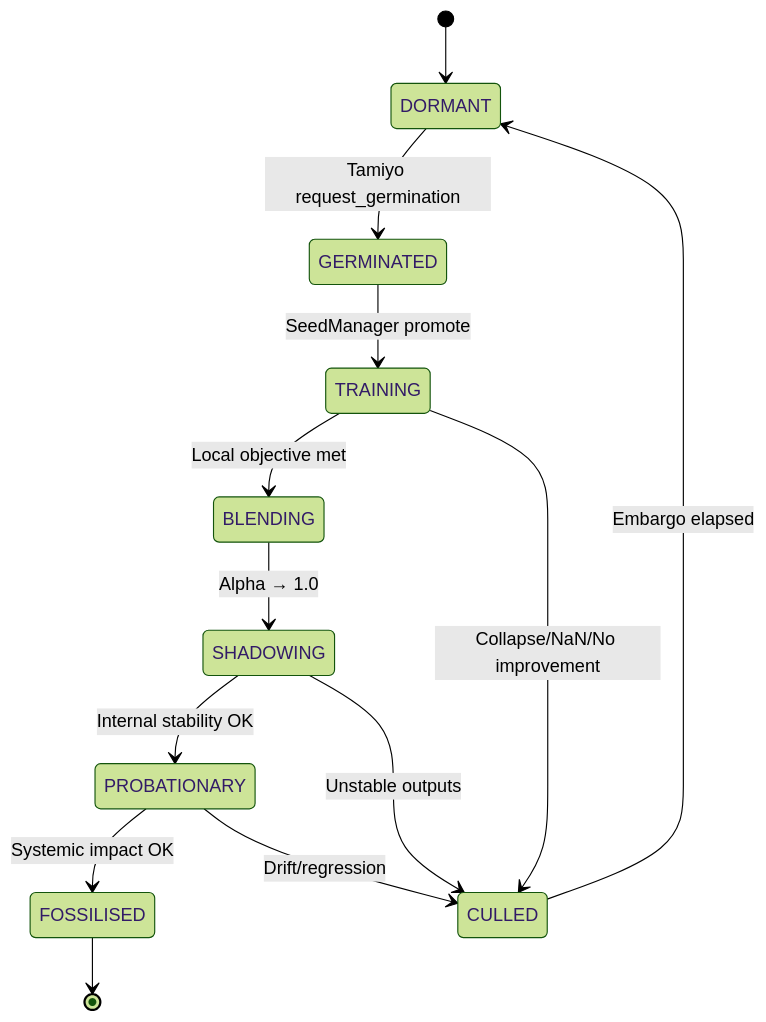
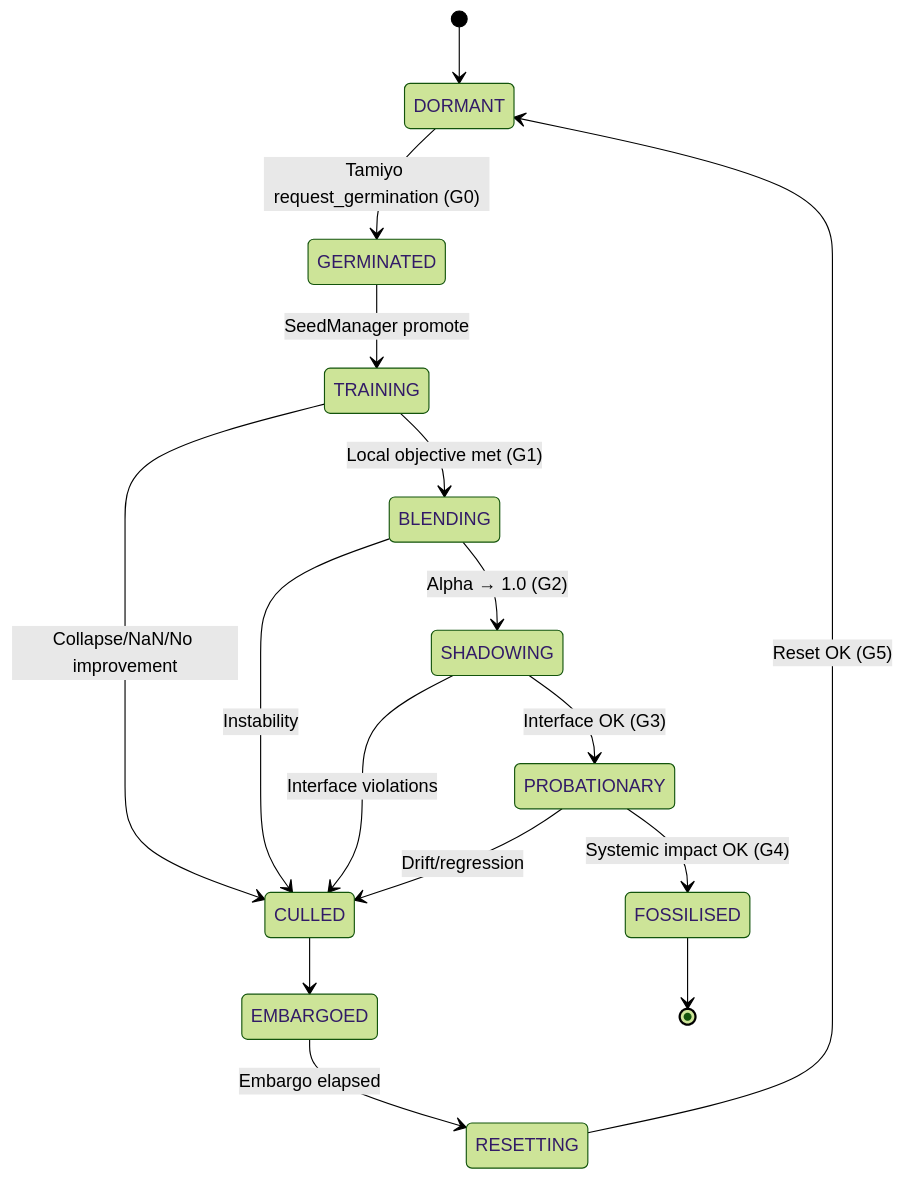
Before and after one commit to tachyon-beep/esper-lite: the first of 4 diagrams in docs/paper/chapters/09-tables-and-figures.md, drawn with Mermaid (forest theme). The commit also changed other lines of this file and 2 other files, not shown here.

Commit message:
Paper: Align with design docs\n\n- Update lifecycle to 11-state with gates; expand Mermaid diagram.\n- Add Leyline contracts & budgets table to Evaluation.\n- Add Tamiyo design alignment (hetero-GNN, budgets, risk).\n\nDocs only; no code.

````diff
--- a/docs/paper/chapters/09-tables-and-figures.md
+++ b/docs/paper/chapters/09-tables-and-figures.md
@@ -31,18 +34,21 @@
 ```mermaid
 stateDiagram-v2
     [*] --> DORMANT
-    DORMANT --> GERMINATED: Tamiyo request_germination
+    DORMANT --> GERMINATED: Tamiyo request_germination (G0)
     GERMINATED --> TRAINING: SeedManager promote
-    TRAINING --> BLENDING: Local objective met
-    BLENDING --> SHADOWING: Alpha → 1.0
-    SHADOWING --> PROBATIONARY: Internal stability OK
-    PROBATIONARY --> FOSSILISED: Systemic impact OK
+    TRAINING --> BLENDING: Local objective met (G1)
+    BLENDING --> SHADOWING: Alpha → 1.0 (G2)
+    SHADOWING --> PROBATIONARY: Interface OK (G3)
+    PROBATIONARY --> FOSSILISED: Systemic impact OK (G4)
 
     %% Failure paths
     TRAINING --> CULLED: Collapse/NaN/No improvement
-    SHADOWING --> CULLED: Unstable outputs
+    BLENDING --> CULLED: Instability
+    SHADOWING --> CULLED: Interface violations
     PROBATIONARY --> CULLED: Drift/regression
-    CULLED --> DORMANT: Embargo elapsed
+    CULLED --> EMBARGOED
+    EMBARGOED --> RESETTING: Embargo elapsed
+    RESETTING --> DORMANT: Reset OK (G5)
 
     FOSSILISED --> [*]
 ```
````
